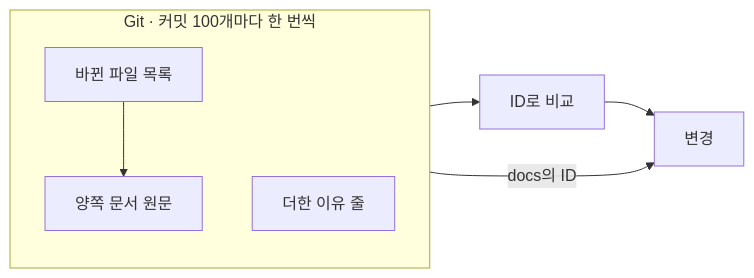
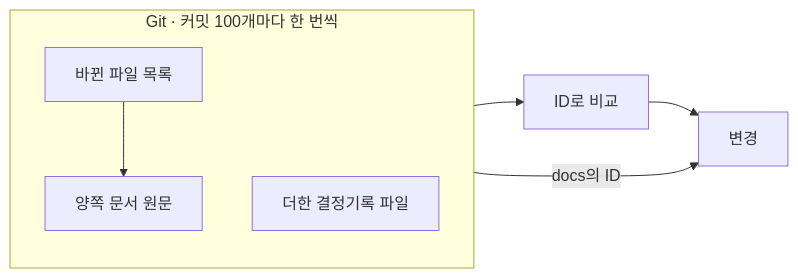
Before and after one commit to dev-goraebap/gitifact: the first of 4 diagrams in .gitifact/spec/browser/design/data.md, drawn with Mermaid. The commit also changed other lines of this file and 102 other files, not shown here.

````diff
--- a/.gitifact/spec/browser/design/data.md
+++ b/.gitifact/spec/browser/design/data.md
@@ -19,10 +19,10 @@
 ```mermaid
 flowchart LR
   subgraph git["Git · 커밋 100개마다 한 번씩"]
     direction TB
     L["바뀐 파일 목록"] --> C["양쪽 문서 원문"]
-    P["더한 이유 줄"]
+    P["더한 결정기록 파일"]
   end
   C --> D["ID로 비교"] --> E["변경"]
   P -->|"docs의 ID"| E
 ```
````
